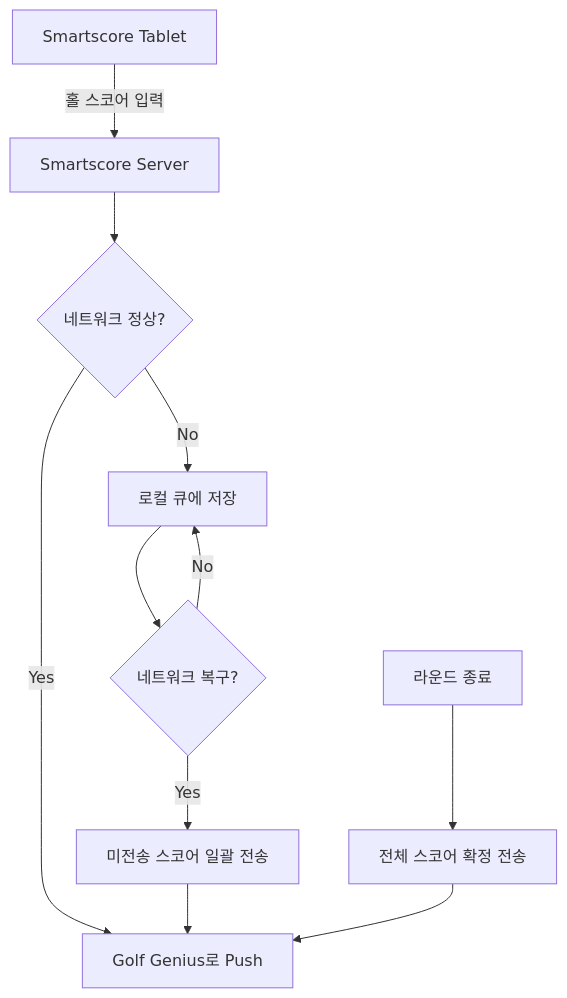
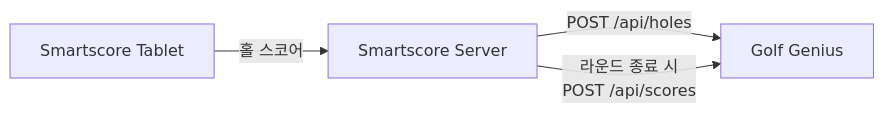
The third of 3 diagrams in docs/design/sync-strategy.md (erichshan/golf-genius), drawn with Mermaid before and after one commit. The commit also changed other lines of this file and 4 other files, not shown here.

First line of the commit message:
Add Division/Team terminology and Smartscore DB schema design

````diff
--- a/docs/design/sync-strategy.md
+++ b/docs/design/sync-strategy.md
@@ -332,14 +429,6 @@
 ```mermaid
-flowchart TD
-    A[Smartscore Tablet] -->|홀 스코어 입력| B[Smartscore Server]
-    B --> C{네트워크 정상?}
-    C -- Yes --> D[Golf Genius로 Push]
-    C -- No --> E[로컬 큐에 저장]
-    E --> F{네트워크 복구?}
-    F -- Yes --> G[미전송 스코어 일괄 전송]
-    F -- No --> E
-    G --> D
-
-    H[라운드 종료] --> I[전체 스코어 확정 전송]
-    I --> D
+flowchart LR
+    A[Smartscore Tablet] -->|홀 스코어| B[Smartscore Server]
+    B -->|POST /api/holes| C[Golf Genius]
+    B -->|라운드 종료 시<br>POST /api/scores| C
 ```
````
